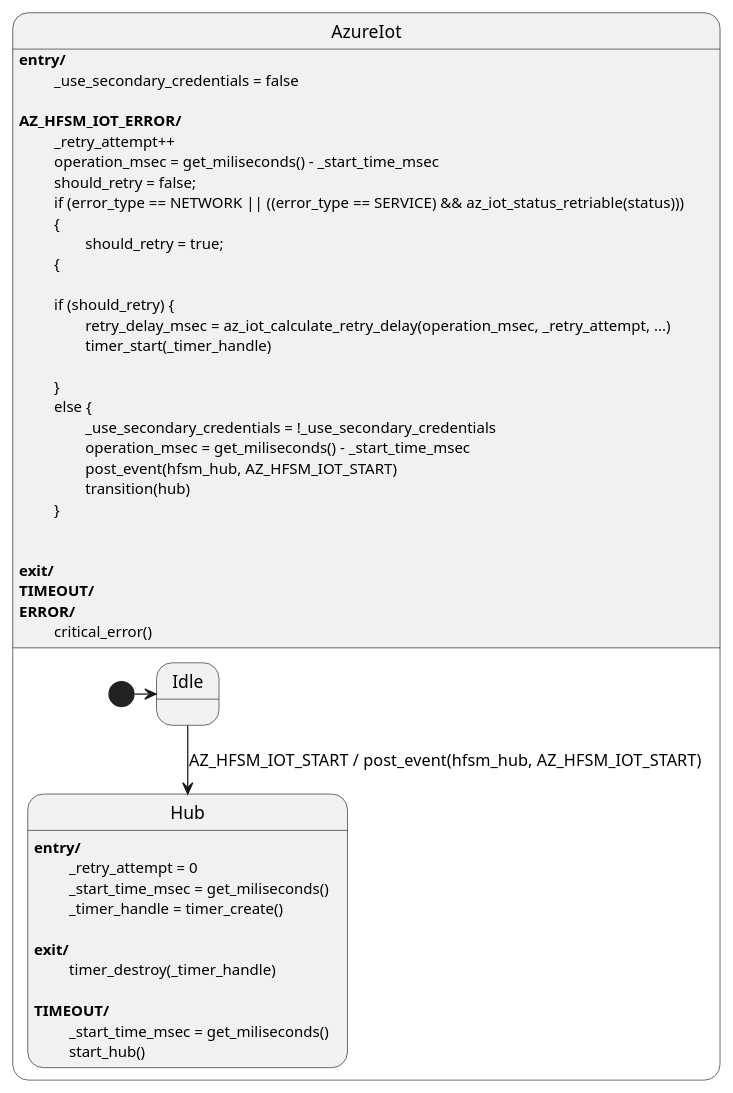
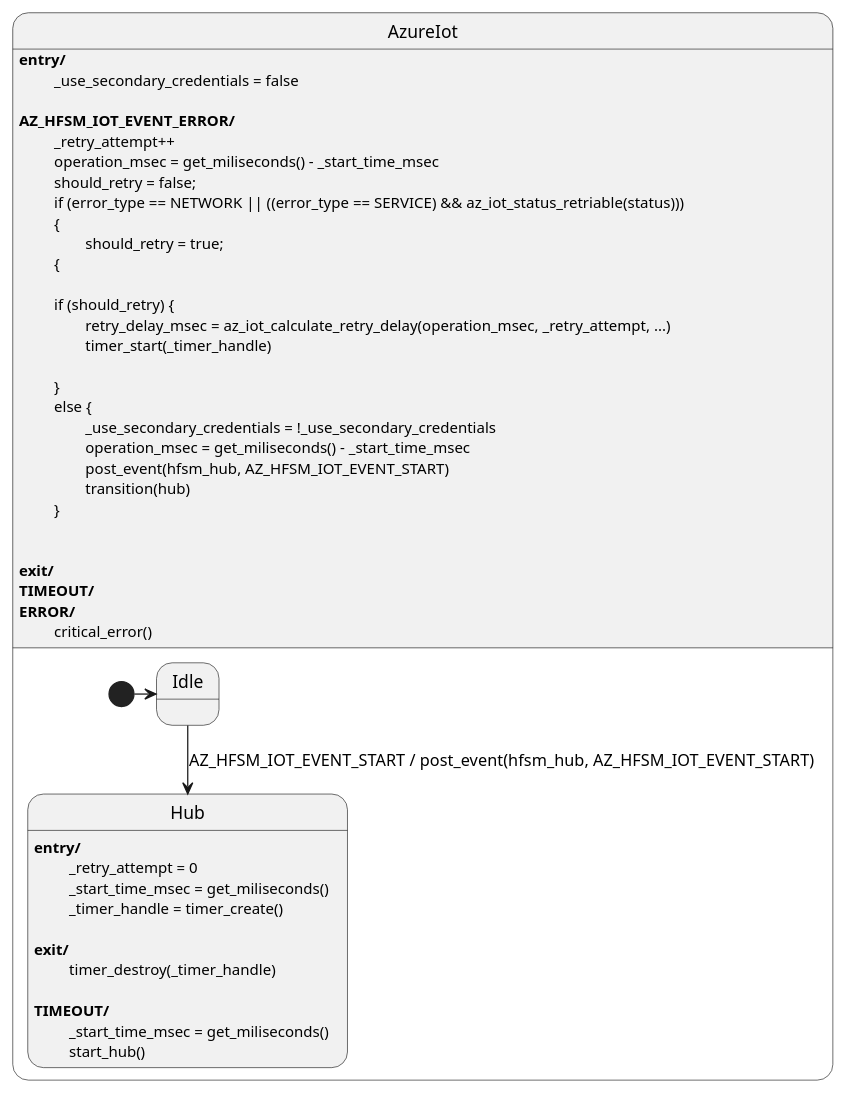
One commit to vaavva/azure-sdk-for-c-hfsm changed the diagram in sdk/docs/iot/resources/az_iot_hfsm_no_dps.puml. Above: the diagram before and after it, drawn with PlantUML. The commit also changed 9 other files, not shown here.

Commit message:
WIP: Azure IoT HFSM. Added new timer callback platform layer.

```diff
--- a/sdk/docs/iot/resources/az_iot_hfsm_no_dps.puml
+++ b/sdk/docs/iot/resources/az_iot_hfsm_no_dps.puml
@@ -1,53 +1,53 @@
 @startuml Azure IoT HFSM
 
 state AzureIot {
     state Idle
     
     state Hub
     Hub : <b>entry/</b>
     Hub : \t _retry_attempt = 0
     Hub : \t _start_time_msec = get_miliseconds()
     Hub : \t _timer_handle = timer_create()
     Hub :
     Hub : <b>exit/</b>
     Hub : \t timer_destroy(_timer_handle)
     Hub : 
     Hub : <b>TIMEOUT/</b>
     Hub : \t _start_time_msec = get_miliseconds()
     Hub : \t start_hub()
     
     [*] -> Idle
-    Idle --> Hub : AZ_HFSM_IOT_START / post_event(hfsm_hub, AZ_HFSM_IOT_START)
+    Idle --> Hub : AZ_HFSM_IOT_EVENT_START / post_event(hfsm_hub, AZ_HFSM_IOT_EVENT_START)
 }
 
 AzureIot : <b>entry/</b> 
 AzureIot : \t _use_secondary_credentials = false
 AzureIot :
-AzureIot : <b>AZ_HFSM_IOT_ERROR/</b>
+AzureIot : <b>AZ_HFSM_IOT_EVENT_ERROR/</b>
 AzureIot : \t _retry_attempt++
 AzureIot : \t operation_msec = get_miliseconds() - _start_time_msec
 AzureIot : \t should_retry = false;
 AzureIot : \t if (error_type == NETWORK || ((error_type == SERVICE) && az_iot_status_retriable(status)))
 AzureIot : \t {
 AzureIot : \t\t should_retry = true;
 AzureIot : \t {
 AzureIot: 
 AzureIot : \t if (should_retry) {
 AzureIot : \t\t retry_delay_msec = az_iot_calculate_retry_delay(operation_msec, _retry_attempt, ...)
 AzureIot : \t\t timer_start(_timer_handle)
 AzureIot : \t\t
 AzureIot : \t }
 AzureIot : \t else {
 AzureIot : \t\t _use_secondary_credentials = !_use_secondary_credentials
 AzureIot:  \t\t operation_msec = get_miliseconds() - _start_time_msec
-AzureIot : \t\t post_event(hfsm_hub, AZ_HFSM_IOT_START)
+AzureIot : \t\t post_event(hfsm_hub, AZ_HFSM_IOT_EVENT_START)
 AzureIot : \t\t transition(hub)
 AzureIot : \t }
 AzureIot :
 AzureIot :
 AzureIot : <b>exit/</b>
 AzureIot : <b>TIMEOUT/</b>
 AzureIot : <b>ERROR/</b>
 AzureIot : \t critical_error()
 
 @enduml
```
